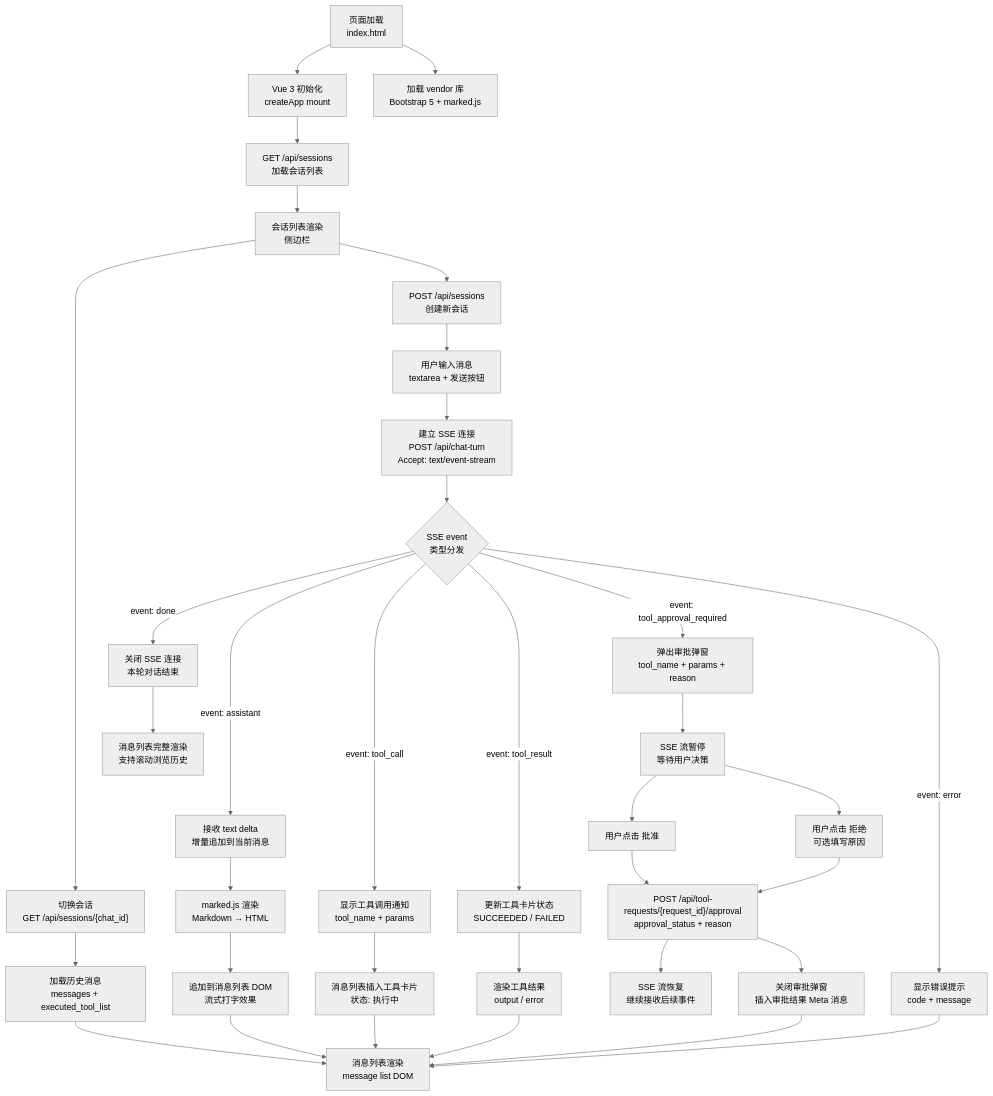
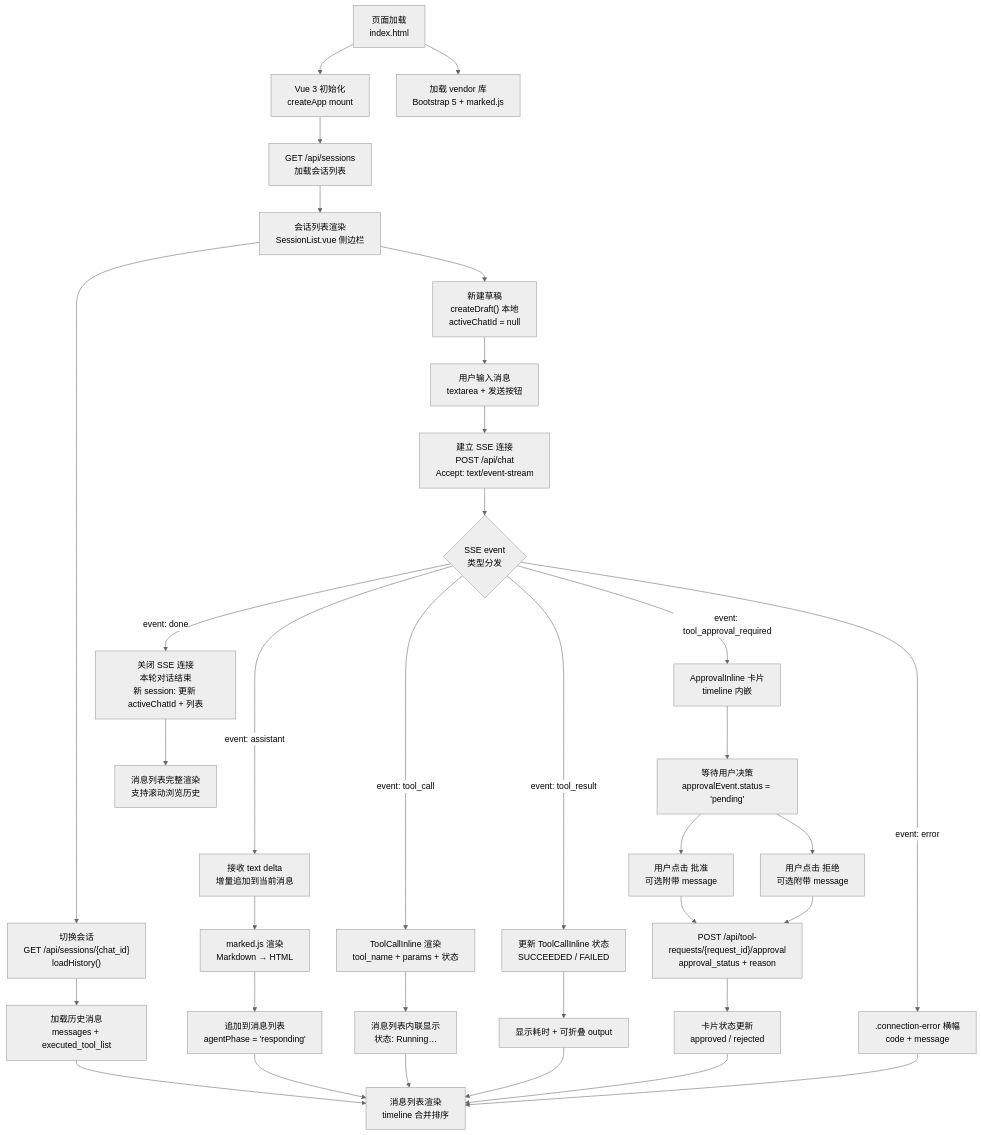
One commit to nazzeDe/alascup-agent changed the first of 6 diagrams in frontend/graph.md. Above: the diagram before and after it, drawn with Mermaid (neutral theme). The commit also changed other lines of this file and 24 other files, not shown here.

First line of the commit message:
refactor: replace useChat/useSSE/useSessions with unified useSessionManager

````diff
--- a/frontend/graph.md
+++ b/frontend/graph.md
@@ -5,7 +5,7 @@
 ```mermaid
 flowchart TD
     %% ============================================================
-    %% 1. 节点声明（Declaration）
+    %% 1. 节点声明
     %% ============================================================
 
     %% ── 初始化 ──
@@ -15,15 +15,15 @@
     fetch_sessions["GET /api/sessions<br/>加载会话列表"]
 
     %% ── 会话管理 ──
-    session_list["会话列表渲染<br/>侧边栏"]
-    session_create["POST /api/sessions<br/>创建新会话"]
-    session_switch["切换会话<br/>GET /api/sessions/{chat_id}"]
+    session_list["会话列表渲染<br/>SessionList.vue 侧边栏"]
+    session_draft["新建草稿<br/>createDraft() 本地<br/>activeChatId = null"]
+    session_switch["切换会话<br/>GET /api/sessions/{chat_id}<br/>loadHistory()"]
     session_history["加载历史消息<br/>messages + executed_tool_list"]
 
     %% ── 聊天输入 ──
     user_input["用户输入消息<br/>textarea + 发送按钮"]
-    msg_display["消息列表渲染<br/>message list DOM"]
-    sse_connect["建立 SSE 连接<br/>POST /api/chat-turn<br/>Accept: text/event-stream"]
+    msg_display["消息列表渲染<br/>timeline 合并排序"]
+    sse_connect["建立 SSE 连接<br/>POST /api/chat<br/>Accept: text/event-stream"]
 
     %% ── SSE 事件分发 ──
     sse_dispatcher{"SSE event<br/>类型分发"}
@@ -31,38 +31,37 @@
     %% ── assistant 分支 ──
     assistant_delta["接收 text delta<br/>增量追加到当前消息"]
     markdown_render["marked.js 渲染<br/>Markdown → HTML"]
-    assistant_append["追加到消息列表 DOM<br/>流式打字效果"]
+    assistant_append["追加到消息列表<br/>agentPhase = 'responding'"]
 
     %% ── tool_call 分支 ──
-    toolcall_notify["显示工具调用通知<br/>tool_name + params"]
-    toolcall_badge["消息列表插入工具卡片<br/>状态: 执行中"]
+    toolcall_notify["ToolCallInline 渲染<br/>tool_name + params + 状态"]
+    toolcall_badge["消息列表内联显示<br/>状态: Running…"]
 
     %% ── tool_result 分支 ──
-    toolresult_update["更新工具卡片状态<br/>SUCCEEDED / FAILED"]
-    toolresult_render["渲染工具结果<br/>output / error"]
+    toolresult_update["更新 ToolCallInline 状态<br/>SUCCEEDED / FAILED"]
+    toolresult_render["显示耗时 + 可折叠 output"]
 
     %% ── tool_approval_required 分支 ──
-    approval_modal_show["弹出审批弹窗<br/>tool_name + params + reason"]
-    sse_pause["SSE 流暂停<br/>等待用户决策"]
+    approval_inline_show["ApprovalInline 卡片<br/>timeline 内嵌"]
+    approval_wait["等待用户决策<br/>approvalEvent.status = 'pending'"]
 
     %% ── 审批决策 ──
-    user_approve["用户点击 批准"]
-    user_reject["用户点击 拒绝<br/>可选填写原因"]
+    user_approve["用户点击 批准<br/>可选附带 message"]
+    user_reject["用户点击 拒绝<br/>可选附带 message"]
     approval_post["POST /api/tool-requests/{request_id}/approval<br/>approval_status + reason"]
-    sse_resume["SSE 流恢复<br/>继续接收后续事件"]
-    approval_modal_close["关闭审批弹窗<br/>插入审批结果 Meta 消息"]
+    approval_resolved["卡片状态更新<br/>approved / rejected"]
 
     %% ── error 分支 ──
-    error_display["显示错误提示<br/>code + message"]
+    error_display[".connection-error 横幅<br/>code + message"]
 
     %% ── done 分支 ──
-    sse_close["关闭 SSE 连接<br/>本轮对话结束"]
+    sse_close["关闭 SSE 连接<br/>本轮对话结束<br/>新 session: 更新 activeChatId + 列表"]
 
     %% ── 消息列表最终状态 ──
     msg_list_final["消息列表完整渲染<br/>支持滚动浏览历史"]
 
     %% ============================================================
-    %% 2. 逻辑连线（Connections）
+    %% 2. 逻辑连线
     %% ============================================================
 
     page_load --> vue_init
@@ -70,11 +69,11 @@
     vue_init --> fetch_sessions
     fetch_sessions --> session_list
 
-    session_list --> session_create
+    session_list --> session_draft
     session_list --> session_switch
     session_switch --> session_history
     session_history --> msg_display
-    session_create --> user_input
+    session_draft --> user_input
 
     user_input --> sse_connect
     sse_connect --> sse_dispatcher
@@ -92,15 +91,14 @@
     toolresult_update --> toolresult_render
     toolresult_render --> msg_display
 
-    sse_dispatcher -- "event: tool_approval_required" --> approval_modal_show
-    approval_modal_show --> sse_pause
-    sse_pause --> user_approve
-    sse_pause --> user_reject
+    sse_dispatcher -- "event: tool_approval_required" --> approval_inline_show
+    approval_inline_show --> approval_wait
+    approval_wait --> user_approve
+    approval_wait --> user_reject
     user_approve --> approval_post
     user_reject --> approval_post
-    approval_post --> sse_resume
-    approval_post --> approval_modal_close
-    approval_modal_close --> msg_display
+    approval_post --> approval_resolved
+    approval_resolved --> msg_display
 
     sse_dispatcher -- "event: error" --> error_display
     error_display --> msg_display
````
